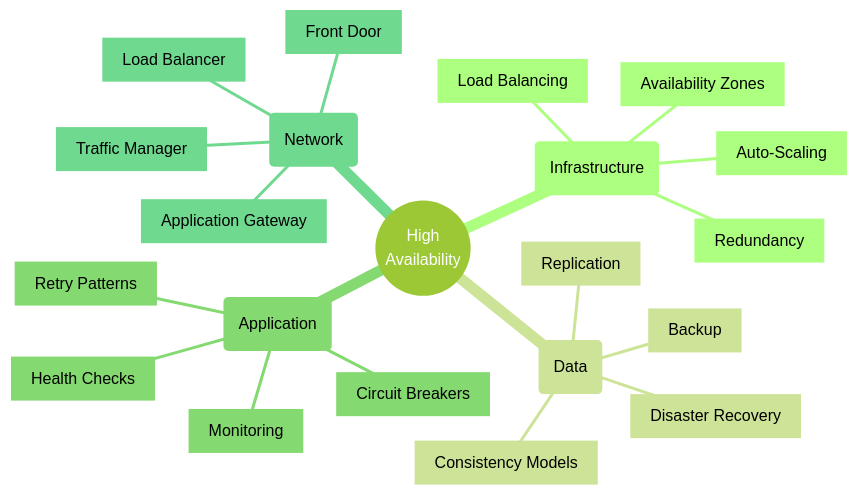
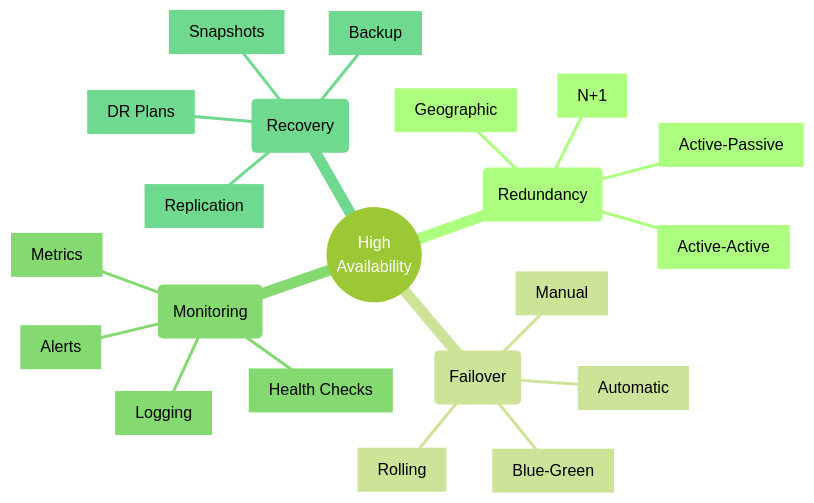
The first of 4 diagrams in src/High_Availability_Design.md (saravanakumarrc/Architecture_Journey), drawn with Mermaid (forest theme) before and after one commit. The commit also changed other lines of this file and 3 other files, not shown here.

First line of the commit message:
Refactor High Availability Design and Infrastructure as Code Principles documentation

````diff
--- a/src/High_Availability_Design.md
+++ b/src/High_Availability_Design.md
@@ -3,25 +3,25 @@
 ```mermaid
 mindmap
     root((High
         Availability))
-        (Infrastructure)
-            [Redundancy]
-            [Load Balancing]
-            [Auto-Scaling]
-            [Availability Zones]
-        (Data)
+        (Redundancy)
+            [Active-Active]
+            [Active-Passive]
+            [N+1]
+            [Geographic]
+        (Failover)
+            [Automatic]
+            [Manual]
+            [Rolling]
+            [Blue-Green]
+        (Monitoring)
+            [Health Checks]
+            [Metrics]
+            [Alerts]
+            [Logging]
+        (Recovery)
+            [Backup]
             [Replication]
-            [Backup]
-            [Disaster Recovery]
-            [Consistency Models]
-        (Application)
-            [Health Checks]
-            [Circuit Breakers]
-            [Retry Patterns]
-            [Monitoring]
-        (Network)
-            [Traffic Manager]
-            [Front Door]
-            [Load Balancer]
-            [Application Gateway]
+            [Snapshots]
+            [DR Plans]
 ```
````
